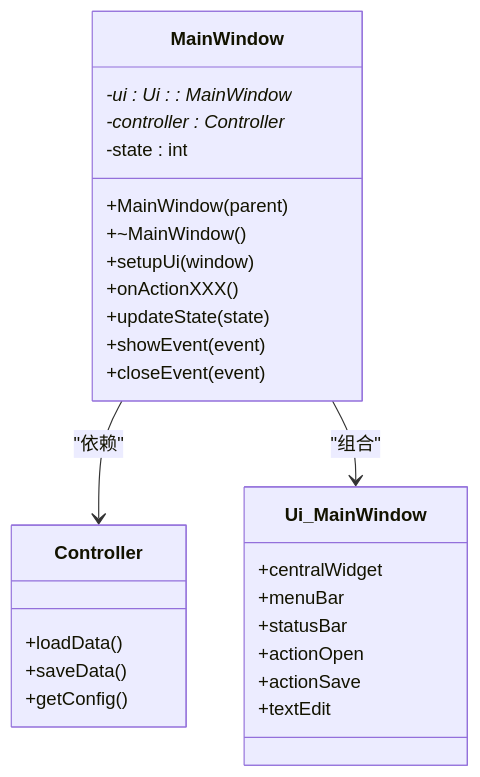
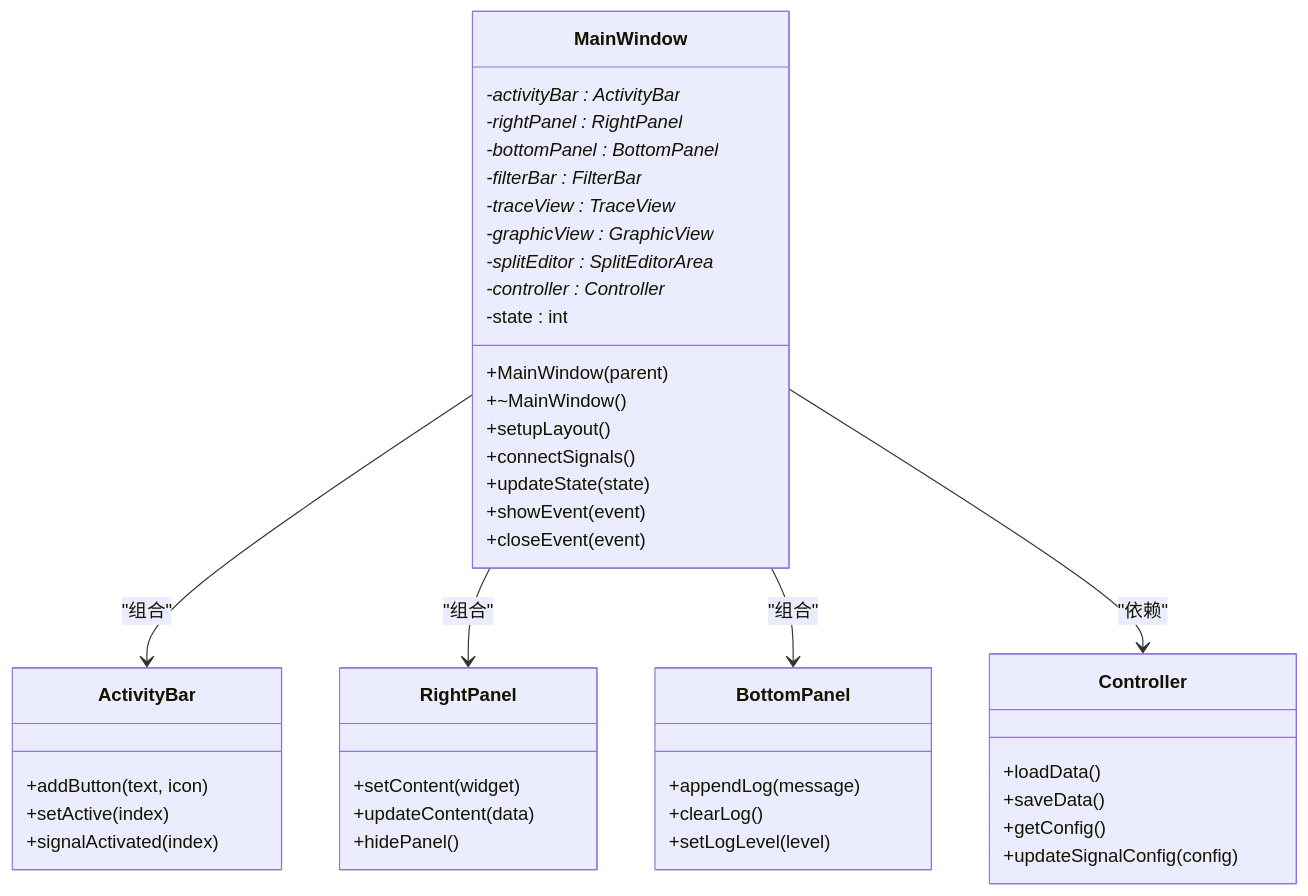
The third of 4 diagrams in .qoder/repowiki/zh/content/核心模块详解/主窗口组件.md (jakecai1225-design/OpenBus), drawn with Mermaid before and after one commit. The commit also changed other lines of this file and 44 other files, not shown here.

````diff
--- a/.qoder/repowiki/zh/content/核心模块详解/主窗口组件.md
+++ b/.qoder/repowiki/zh/content/核心模块详解/主窗口组件.md
@@ -126,30 +167,46 @@
 ```mermaid
 classDiagram
 class MainWindow {
 +MainWindow(parent)
 +~MainWindow()
-+setupUi(window)
-+onActionXXX()
++setupLayout()
++connectSignals()
 +updateState(state)
 +showEvent(event)
 +closeEvent(event)
--ui : Ui : : MainWindow*
+-activityBar : ActivityBar*
+-rightPanel : RightPanel*
+-bottomPanel : BottomPanel*
+-filterBar : FilterBar*
+-traceView : TraceView*
+-graphicView : GraphicView*
+-splitEditor : SplitEditorArea*
 -controller : Controller*
 -state : int
+}
+class ActivityBar {
++addButton(text, icon)
++setActive(index)
++signalActivated(index)
+}
+class RightPanel {
++setContent(widget)
++updateContent(data)
++hidePanel()
+}
+class BottomPanel {
++appendLog(message)
++clearLog()
++setLogLevel(level)
 }
 class Controller {
 +loadData()
 +saveData()
 +getConfig()
++updateSignalConfig(config)
 }
-class Ui_MainWindow {
-+centralWidget
-+menuBar
-+statusBar
-+actionOpen
-+actionSave
-+textEdit
-}
+MainWindow --> ActivityBar : "组合"
+MainWindow --> RightPanel : "组合"
+MainWindow --> BottomPanel : "组合"
 MainWindow --> Controller : "依赖"
-MainWindow --> Ui_MainWindow : "组合"
 ```
````
